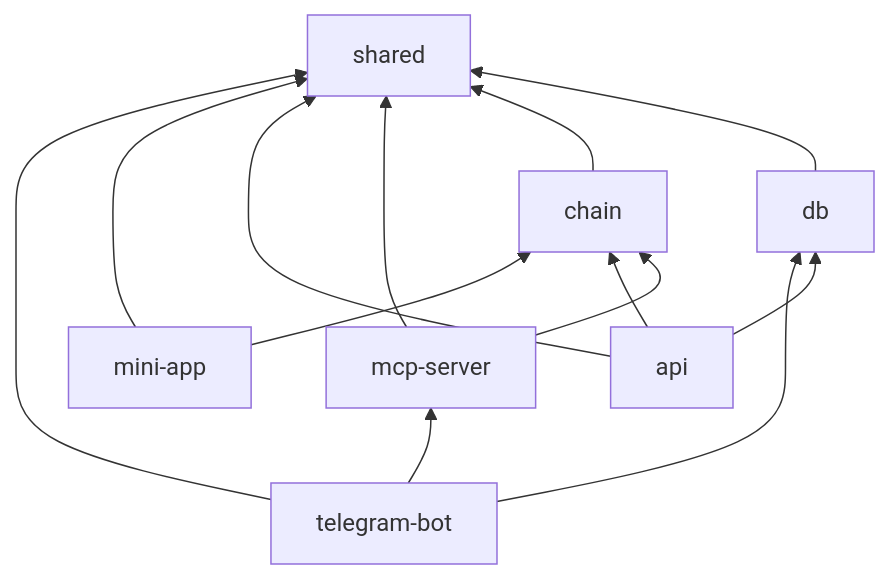
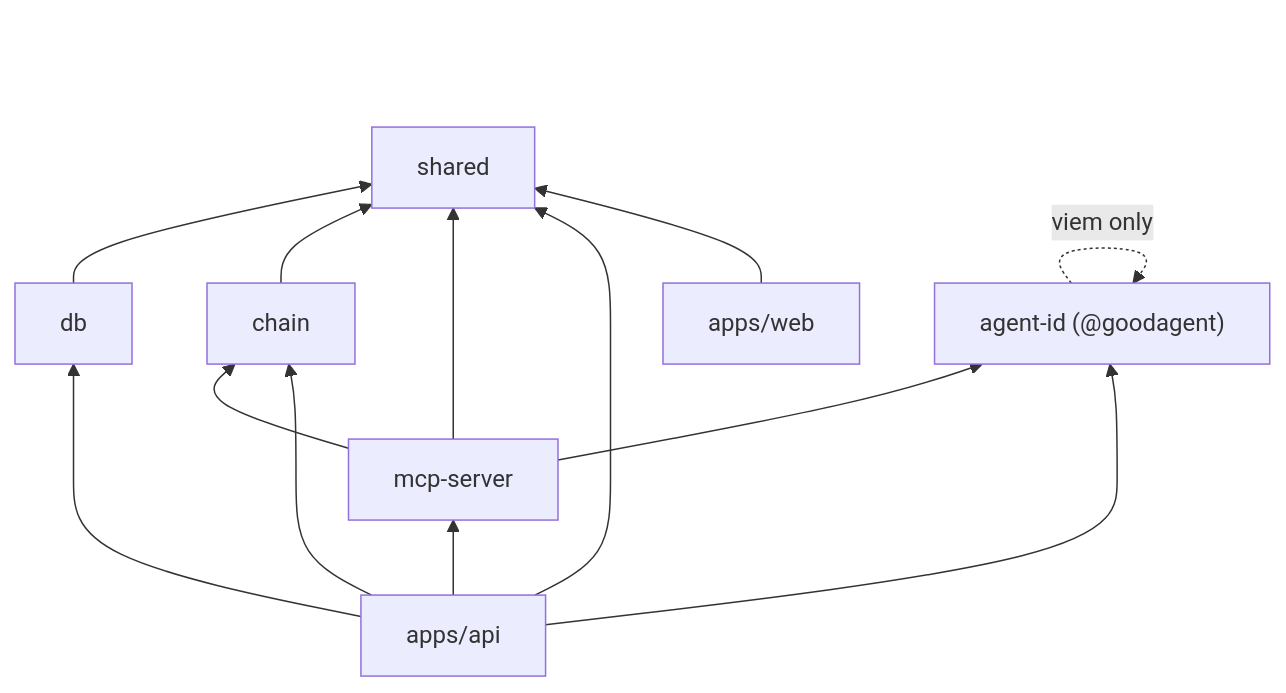
One commit to sam-thetutor/gooddollar-agent-id changed the diagram in docs/03-monorepo-structure.md. Above: the diagram before and after it, drawn with Mermaid. The commit also changed other lines of this file and 97 other files, not shown here.

````diff
--- a/docs/03-monorepo-structure.md
+++ b/docs/03-monorepo-structure.md
@@ -100,23 +105,23 @@
 ```mermaid
 flowchart BT
-    BOT[telegram-bot]
-    MINI[mini-app]
-    API[api]
+    WEB[apps/web]
+    API[apps/api]
     MCP[mcp-server]
+    AGENTID["agent-id (@goodagent)"]
     CHAIN[chain]
     SHARED[shared]
     DB[db]
 
-    BOT --> MCP
-    BOT --> DB
-    BOT --> SHARED
-    MINI --> CHAIN
-    MINI --> SHARED
+    WEB --> SHARED
+    API --> AGENTID
+    API --> CHAIN
     API --> DB
-    API --> CHAIN
+    API --> MCP
     API --> SHARED
+    MCP --> AGENTID
     MCP --> CHAIN
     MCP --> SHARED
+    AGENTID -.->|viem only| AGENTID
     CHAIN --> SHARED
     DB --> SHARED
 ```
````
